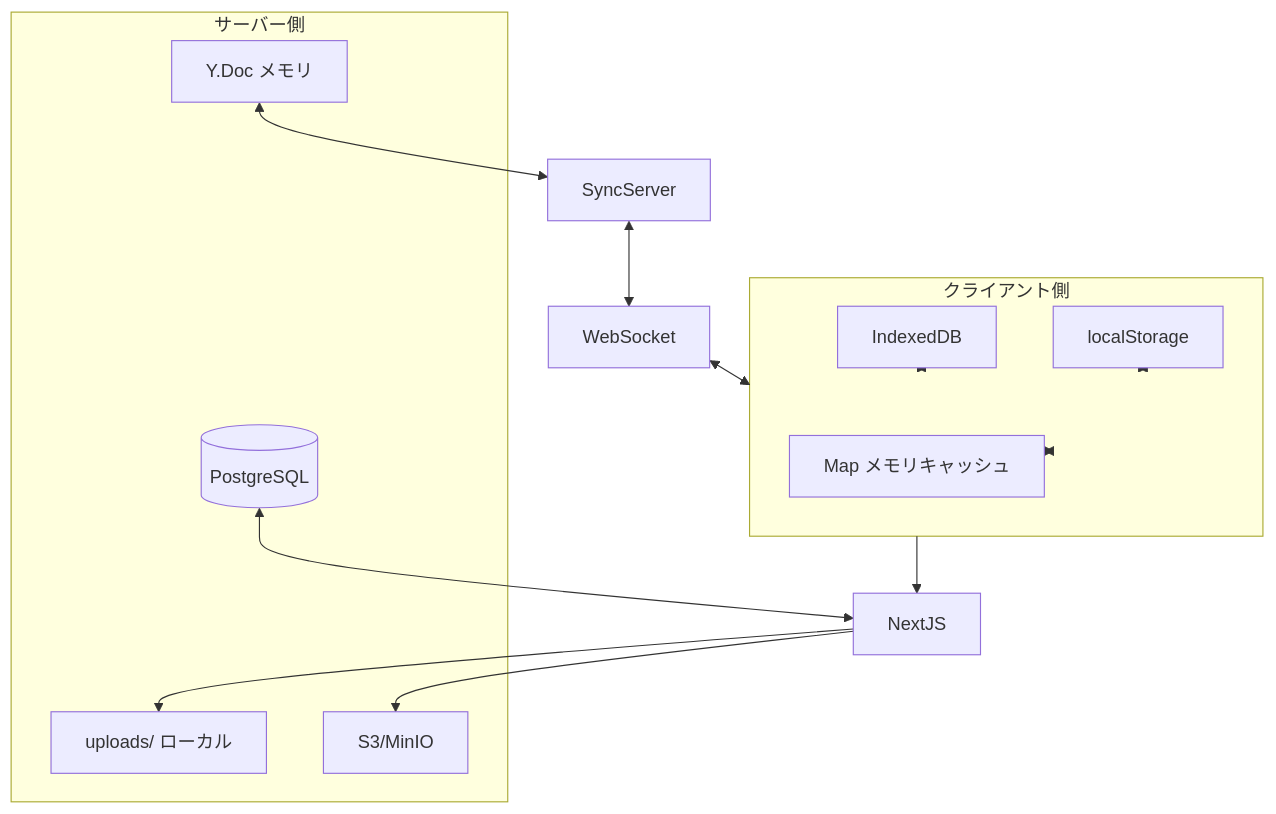
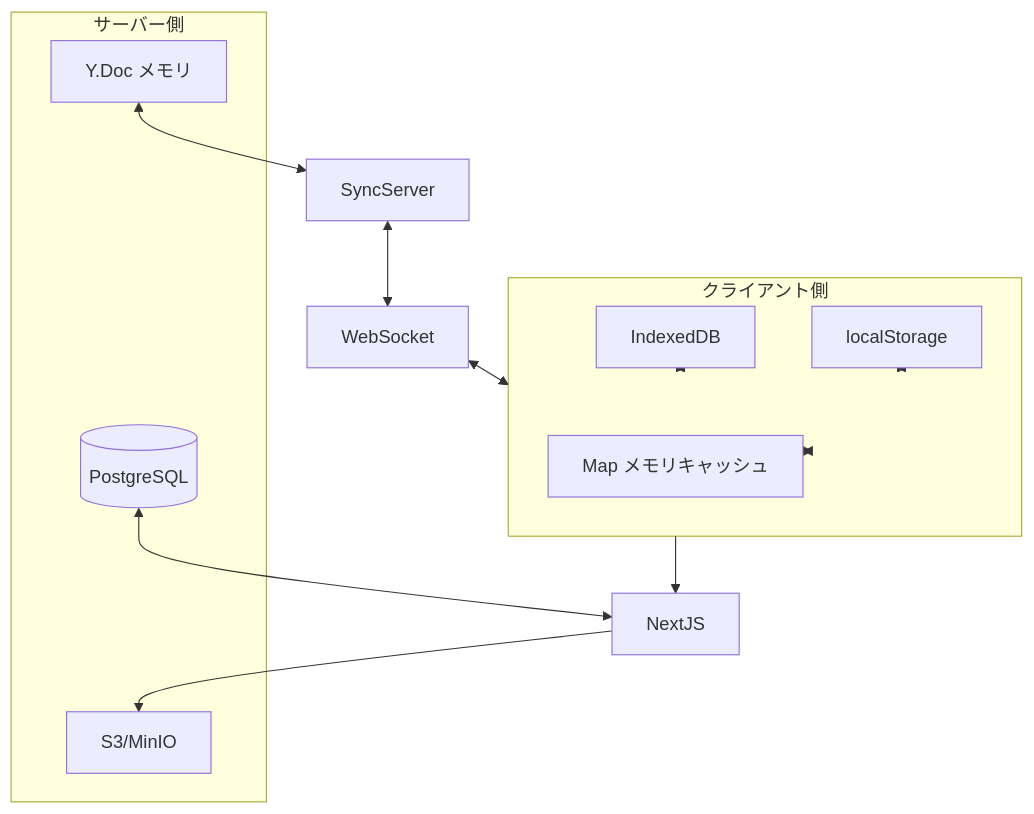
One commit to oshikaidesu/gachaboard changed the first of 2 diagrams in gachaboard-compound/docs/database-and-storage-inventory.md. Above: the diagram before and after it, drawn with Mermaid. The commit also changed other lines of this file and 18 other files, not shown here.

````diff
--- a/gachaboard-compound/docs/database-and-storage-inventory.md
+++ b/gachaboard-compound/docs/database-and-storage-inventory.md
@@ -10,24 +23,22 @@
 ```mermaid
 flowchart TB
     subgraph Server [サーバー側]
         PG[(PostgreSQL)]
         Mem[Y.Doc メモリ]
-        Local[uploads/ ローカル]
         S3[S3/MinIO]
     end
     subgraph Client [クライアント側]
         IDB[IndexedDB]
         LS[localStorage]
         MemMap[Map メモリキャッシュ]
     end
     PG <--> NextJS
     Mem <--> SyncServer
     SyncServer <--> WebSocket
     WebSocket <--> Client
     IDB <--> Client
     LS <--> Client
     MemMap <--> Client
-    NextJS --> Local
     NextJS --> S3
     Client --> NextJS
 ```
````
